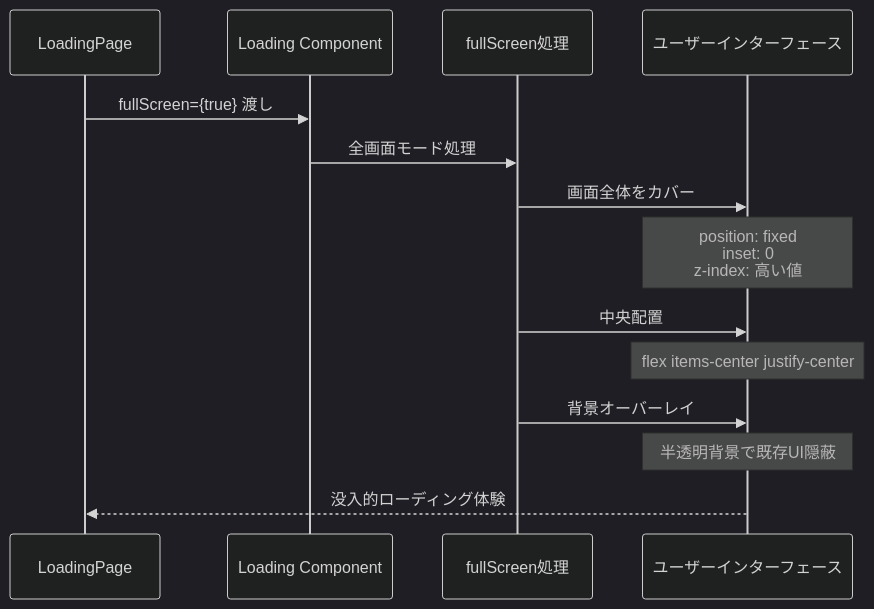
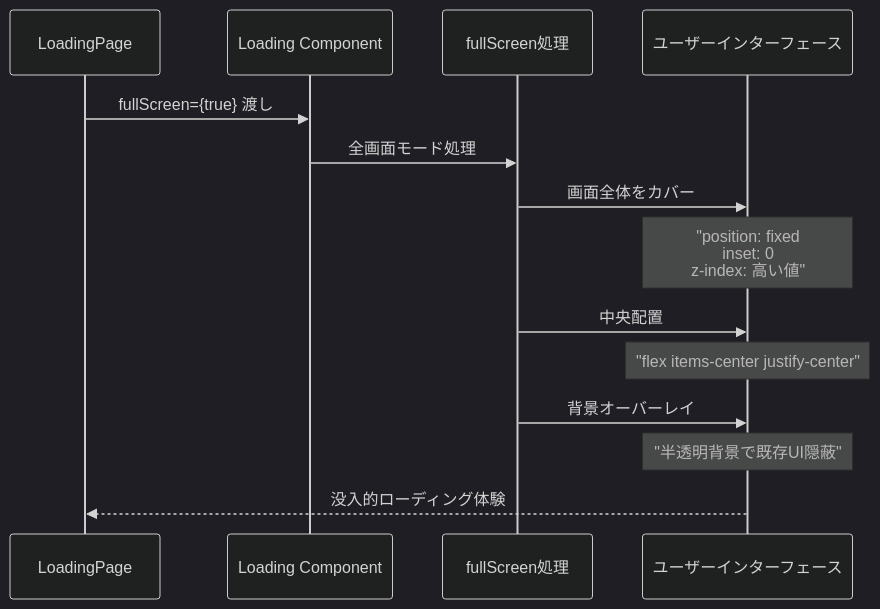
The fifth of 9 diagrams in document/pages/sequence/loading.md (wasabi49/ocs-systemDevelopmentExercises), drawn with Mermaid (dark theme) before and after one commit. The commit also changed other lines of this file and 42 other files, not shown here.

First line of the commit message:
fix: mermaidシーケンス図のNote over文でダブルクォーテーション不足を修正

````diff
--- a/document/pages/sequence/loading.md
+++ b/document/pages/sequence/loading.md
@@ -89,21 +89,21 @@
 ```mermaid
 sequenceDiagram
     participant LoadingPage as LoadingPage
     participant LoadingComp as Loading Component
     participant FullScreen as fullScreen処理
     participant UI as ユーザーインターフェース
 
     LoadingPage->>LoadingComp: fullScreen={true} 渡し
     LoadingComp->>FullScreen: 全画面モード処理
     
     FullScreen->>UI: 画面全体をカバー
-    Note over UI: position: fixed<br/>inset: 0<br/>z-index: 高い値
+    Note over UI: "position: fixed<br/>inset: 0<br/>z-index: 高い値"
     
     FullScreen->>UI: 中央配置
-    Note over UI: flex items-center justify-center
+    Note over UI: "flex items-center justify-center"
     
     FullScreen->>UI: 背景オーバーレイ
-    Note over UI: 半透明背景で既存UI隠蔽
+    Note over UI: "半透明背景で既存UI隠蔽"
     
     UI-->>LoadingPage: 没入的ローディング体験
 ```
````
